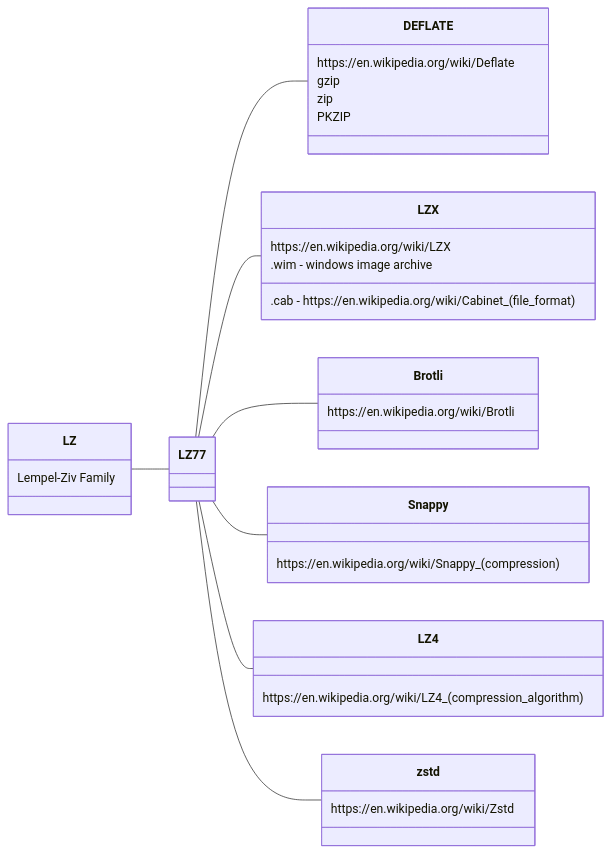
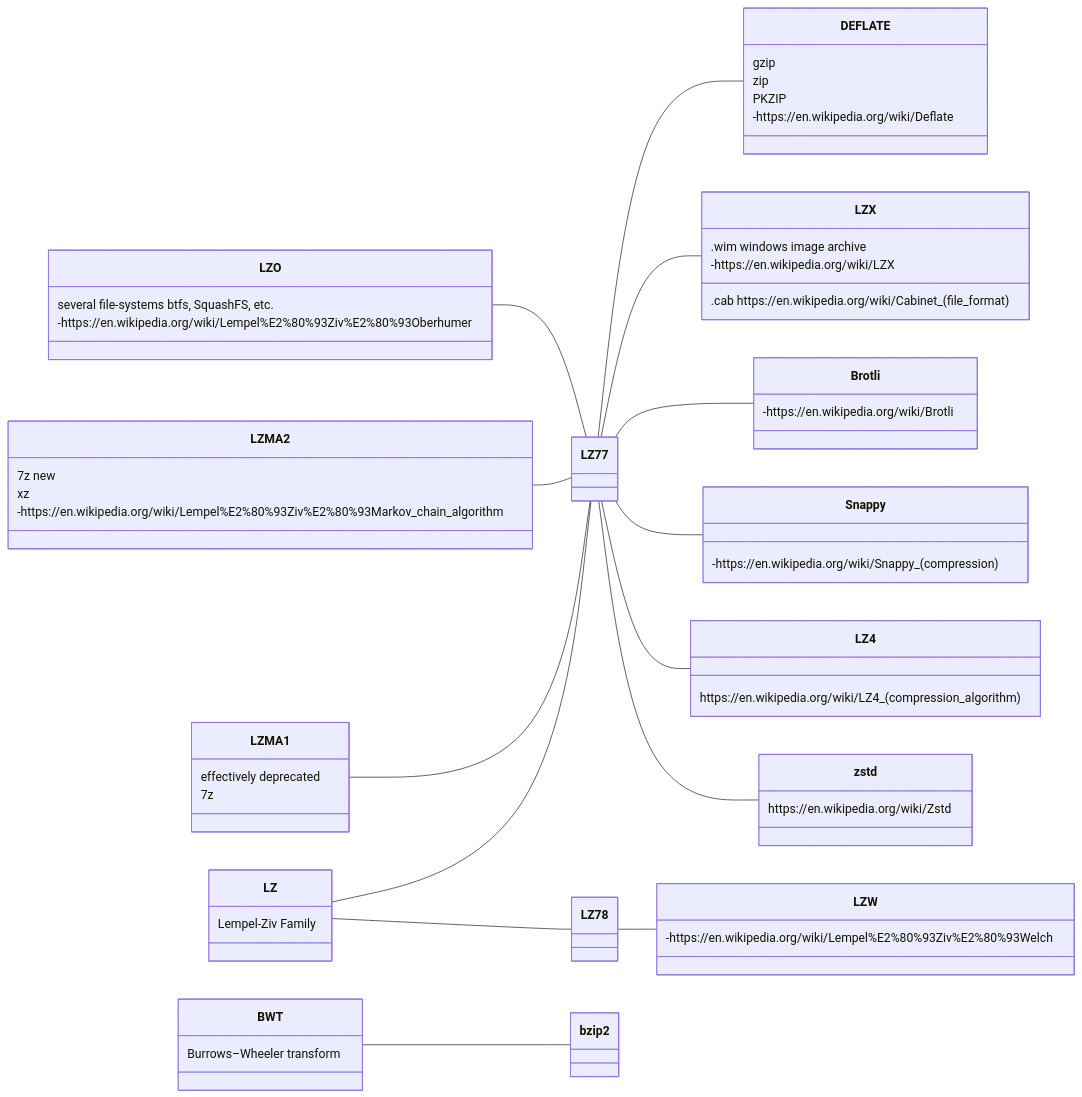
Before and after one commit to juwens/cheat-sheet: the diagram in dotnet/compression.adoc, drawn with Mermaid.

````diff
--- a/dotnet/compression.adoc
+++ b/dotnet/compression.adoc
@@ -3,42 +3,76 @@
 ```mermaid
 classDiagram
     direction LR
     
     class LZ{
         Lempel-Ziv Family
     }
 
     LZ -- LZ77
     
     LZ77 -- DEFLATE
     class DEFLATE{
-        https://en.wikipedia.org/wiki/Deflate
         gzip
         zip
         PKZIP
+        -https://en.wikipedia.org/wiki/Deflate
     }
 
     LZ77 -- LZX
     class LZX{
-        https://en.wikipedia.org/wiki/LZX
-        .wim - windows image archive
-        .cab - https://en.wikipedia.org/wiki/Cabinet_(file_format)   
+        .wim windows image archive
+        .cab https://en.wikipedia.org/wiki/Cabinet_(file_format)   
+        -https://en.wikipedia.org/wiki/LZX
     }
 
     LZ77 -- Brotli
     class Brotli{
-        https://en.wikipedia.org/wiki/Brotli
+        -https://en.wikipedia.org/wiki/Brotli
     }
     LZ77 -- Snappy
     class Snappy{
-        https://en.wikipedia.org/wiki/Snappy_(compression)
+        -https://en.wikipedia.org/wiki/Snappy_(compression)
     }
     LZ77 -- LZ4
     class LZ4{
         https://en.wikipedia.org/wiki/LZ4_(compression_algorithm)
     }
     LZ77 -- zstd
     class zstd{
         https://en.wikipedia.org/wiki/Zstd
     }
+
+    LZMA1 -- LZ77
+    class LZMA1{
+        effectively deprecated
+            7z
+    }
+
+    LZMA2 -- LZ77
+    class LZMA2{
+        7z new
+        xz
+        -https://en.wikipedia.org/wiki/Lempel%E2%80%93Ziv%E2%80%93Markov_chain_algorithm
+    }
+
+    LZO -- LZ77
+    class LZO{
+        several file-systems btfs, SquashFS, etc.
+        -https://en.wikipedia.org/wiki/Lempel%E2%80%93Ziv%E2%80%93Oberhumer
+    }
+
+    LZ -- LZ78
+    class LZ78 {
+    }
+
+    LZ78 -- LZW
+    class LZW{
+        -https://en.wikipedia.org/wiki/Lempel%E2%80%93Ziv%E2%80%93Welch
+    }
+
+    class BWT{
+        Burrows–Wheeler transform
+    }
+    
+    BWT -- bzip2
 ```
````
